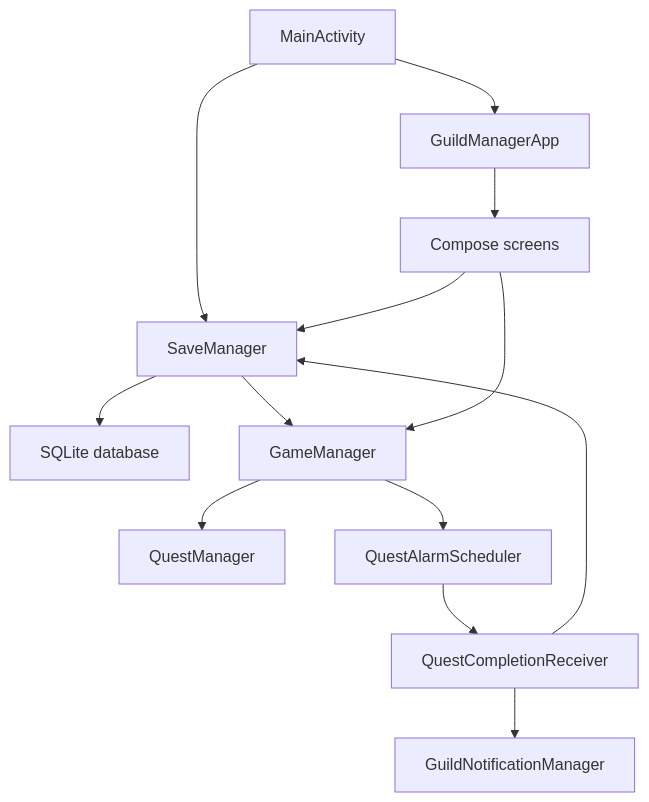
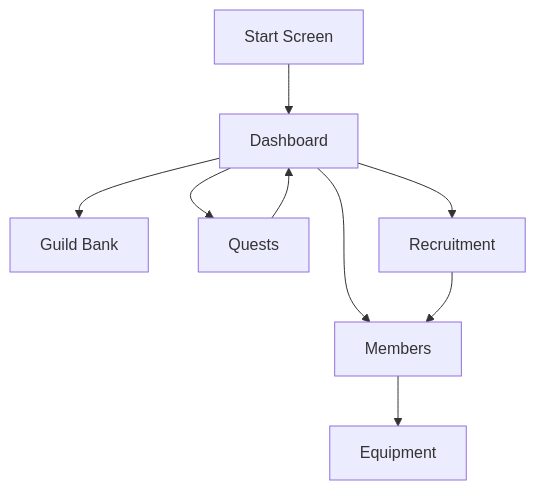
The diagram in README.md (LuisBarbaMartin/COM-437_Term_Project), drawn with Mermaid before and after one commit. The commit also changed other lines of this file, not shown here.

````diff
--- a/README.md
+++ b/README.md
@@ -342,15 +123,11 @@
 ```mermaid
 flowchart TD
-    MainActivity["MainActivity"] --> SaveManager["SaveManager"]
-    SaveManager --> SQLite["SQLite database"]
-    SaveManager --> GameManager["GameManager"]
-    MainActivity --> GuildManagerApp["GuildManagerApp"]
-    GuildManagerApp --> Screens["Compose screens"]
-    Screens --> GameManager
-    Screens --> SaveManager
-    GameManager --> QuestManager["QuestManager"]
-    GameManager --> QuestAlarmScheduler["QuestAlarmScheduler"]
-    QuestAlarmScheduler --> QuestCompletionReceiver["QuestCompletionReceiver"]
-    QuestCompletionReceiver --> SaveManager
-    QuestCompletionReceiver --> GuildNotificationManager["GuildNotificationManager"]
+    Start["Start Screen"] --> Dashboard["Dashboard"]
+    Dashboard --> Bank["Guild Bank"]
+    Dashboard --> Members["Members"]
+    Dashboard --> Quests["Quests"]
+    Dashboard --> Recruitment["Recruitment"]
+    Members --> Equipment["Equipment"]
+    Quests --> Dashboard
+    Recruitment --> Members
 ```
````
